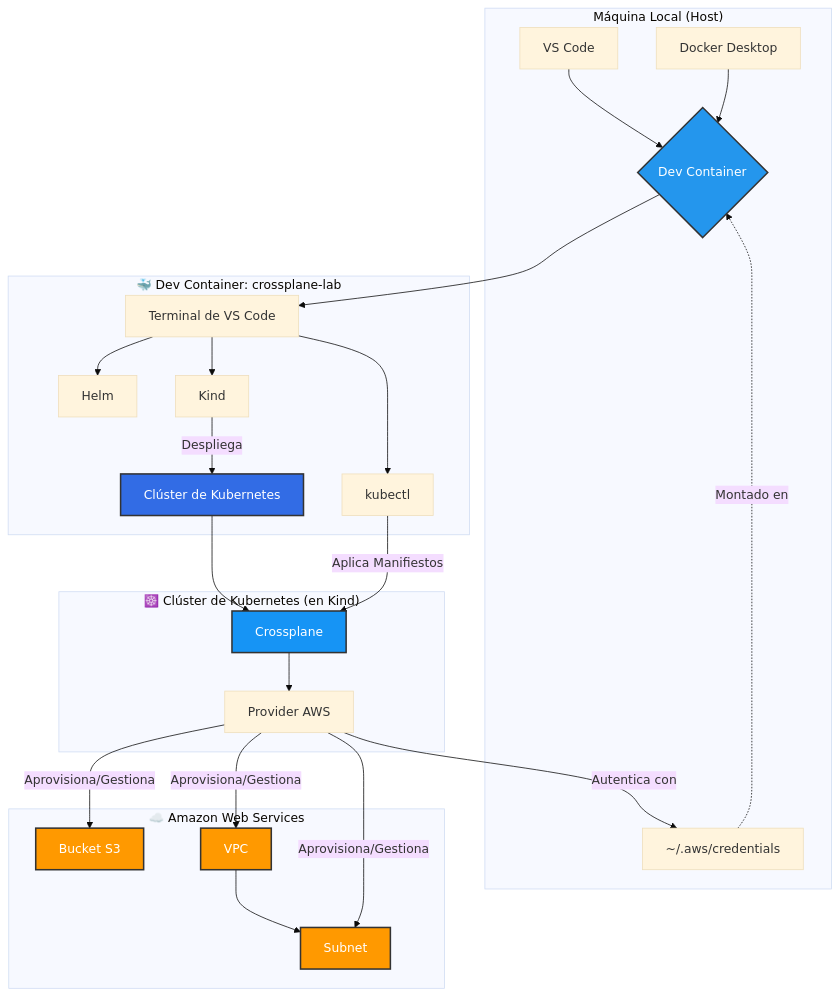
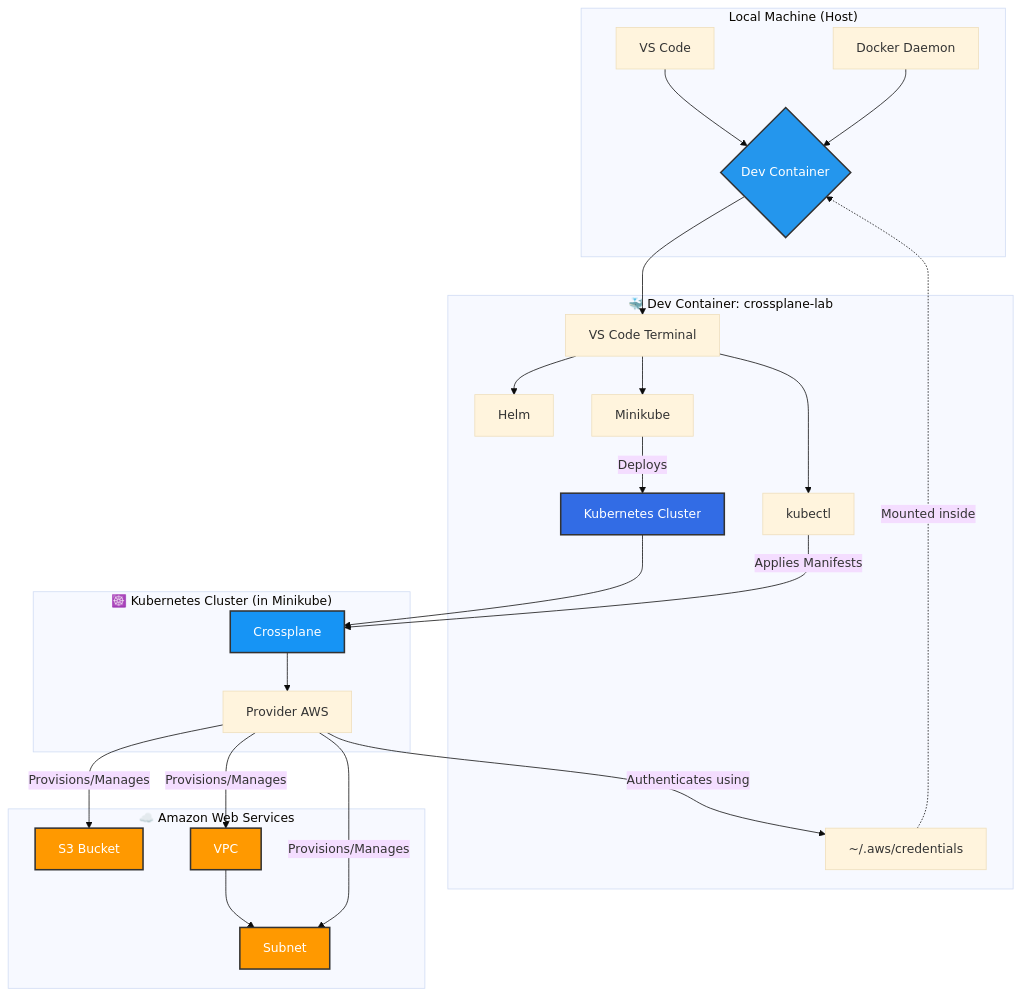
Before and after one commit to Portfolio-jaime/crossplane-lab: the diagram in README.md, drawn with Mermaid (base theme). The commit also changed other lines of this file and 4 other files, not shown here.

````diff
--- a/README.md
+++ b/README.md
@@ -15,41 +15,41 @@
 ```mermaid
 graph TD
-    subgraph "Máquina Local (Host)"
+    subgraph "Local Machine (Host)"
         A[VS Code] --> B{Dev Container};
-        C[Docker Desktop] --> B;
-        D[~/.aws/credentials] -.->|Montado en| B;
+        C[Docker Daemon] --> B;
     end
 
     subgraph "🐳 Dev Container: crossplane-lab"
-        B --> E[Terminal de VS Code];
+        B --> E[VS Code Terminal];
         E --> F[kubectl];
         E --> G[Helm];
-        E --> H[Kind];
-        H -- Despliega --> I[Clúster de Kubernetes];
+        E --> H[Minikube];
+        H -- Deploys --> I[Kubernetes Cluster];
+        D[~/.aws/credentials] -.->|Mounted inside| B;
     end
 
-    subgraph "☸️ Clúster de Kubernetes (en Kind)"
+    subgraph "☸️ Kubernetes Cluster (in Minikube)"
         I --> J[Crossplane];
         J --> K[Provider AWS];
     end
 
     subgraph "☁️ Amazon Web Services"
-        L[Bucket S3];
+        L[S3 Bucket];
         M[VPC];
         N[Subnet];
         M --> N;
     end
 
-    F -- Aplica Manifiestos --> J;
-    K -- Autentica con --> D;
-    K -- Aprovisiona/Gestiona --> L;
-    K -- Aprovisiona/Gestiona --> M;
-    K -- Aprovisiona/Gestiona --> N;
+    F -- Applies Manifests --> J;
+    K -- Authenticates using --> D;
+    K -- Provisions/Manages --> L;
+    K -- Provisions/Manages --> M;
+    K -- Provisions/Manages --> N;
 
     style B fill:#2496ed,stroke:#333,stroke-width:2px,color:#fff
     style I fill:#326ce5,stroke:#333,stroke-width:2px,color:#fff
     style J fill:#1694f5,stroke:#333,stroke-width:2px,color:#fff
     style L fill:#ff9900,stroke:#333,stroke-width:2px,color:#fff
     style M fill:#ff9900,stroke:#333,stroke-width:2px,color:#fff
     style N fill:#ff9900,stroke:#333,stroke-width:2px,color:#fff
 ```
````
